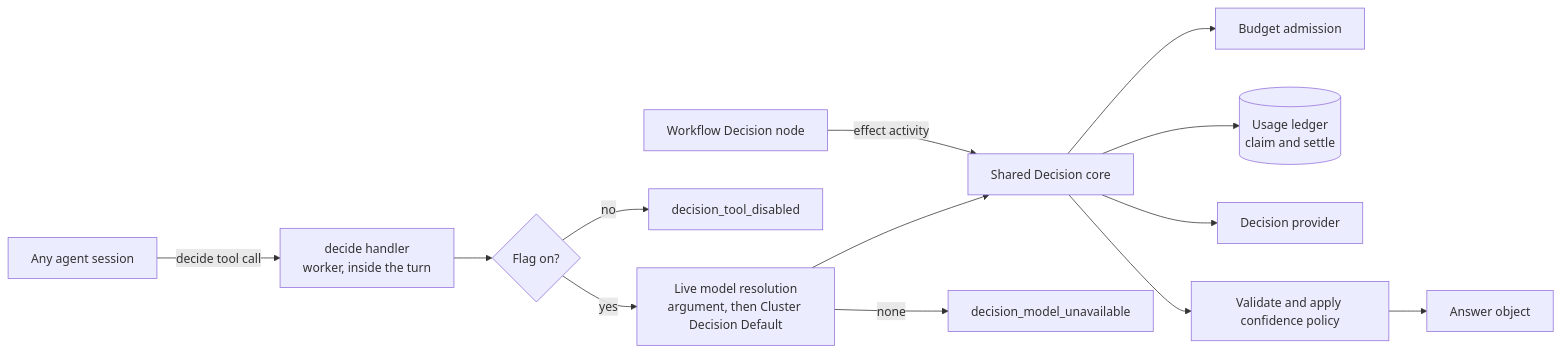
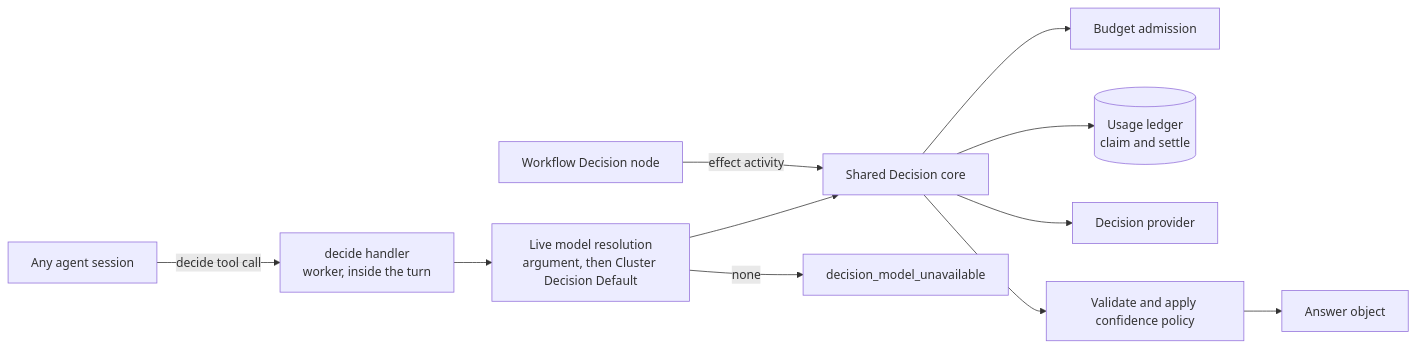
The diagram in docs/proposals/agent-decide-tool.md (microsoft/PilotSwarm), drawn with Mermaid before and after one commit. The commit also changed other lines of this file and 2 other files, not shown here.

Commit message:
decide tool docs: design IMPLEMENTED - phases 0-1, phase 2 proposed; CHANGELOG; Workflows guide

````diff
--- a/docs/proposals/agent-decide-tool.md
+++ b/docs/proposals/agent-decide-tool.md
@@ -81,15 +81,13 @@
 ```mermaid
 flowchart LR
   A[Any agent session] -->|decide tool call| T[decide handler<br/>worker, inside the turn]
   W[Workflow Decision node] -->|effect activity| C
-  T --> F{Flag on?}
-  F -->|no| X[decision_tool_disabled]
-  F -->|yes| R[Live model resolution<br/>argument, then Cluster Decision Default]
+  T --> R[Live model resolution<br/>argument, then Cluster Decision Default]
   R -->|none| U[decision_model_unavailable]
   R --> C[Shared Decision core]
   C --> B[Budget admission]
   C --> L[(Usage ledger<br/>claim and settle)]
   C --> P[Decision provider]
   C --> N[Validate and apply confidence policy]
   N --> O[Answer object]
 ```
````
